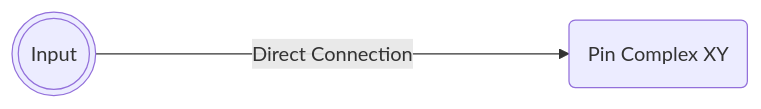
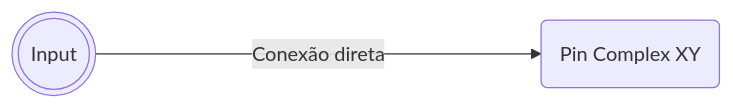
Before and after one commit to gabrielfelipedy/AppleALC-Tutoriais: the second of 8 diagrams in AppleALC_Layout-ID/README.md, drawn with Mermaid. The commit also changed other lines of this file, not shown here.

````diff
--- a/AppleALC_Layout-ID/README.md
+++ b/AppleALC_Layout-ID/README.md
@@ -202,4 +207,4 @@
 	```mermaid
 		flowchart LR
-		id1(((Input))) ------>|Direct Connection|id3(Pin Complex XY)
+		id1(((Input))) ------>|Conexão direta|id3(Pin Complex XY)
 	```
````
